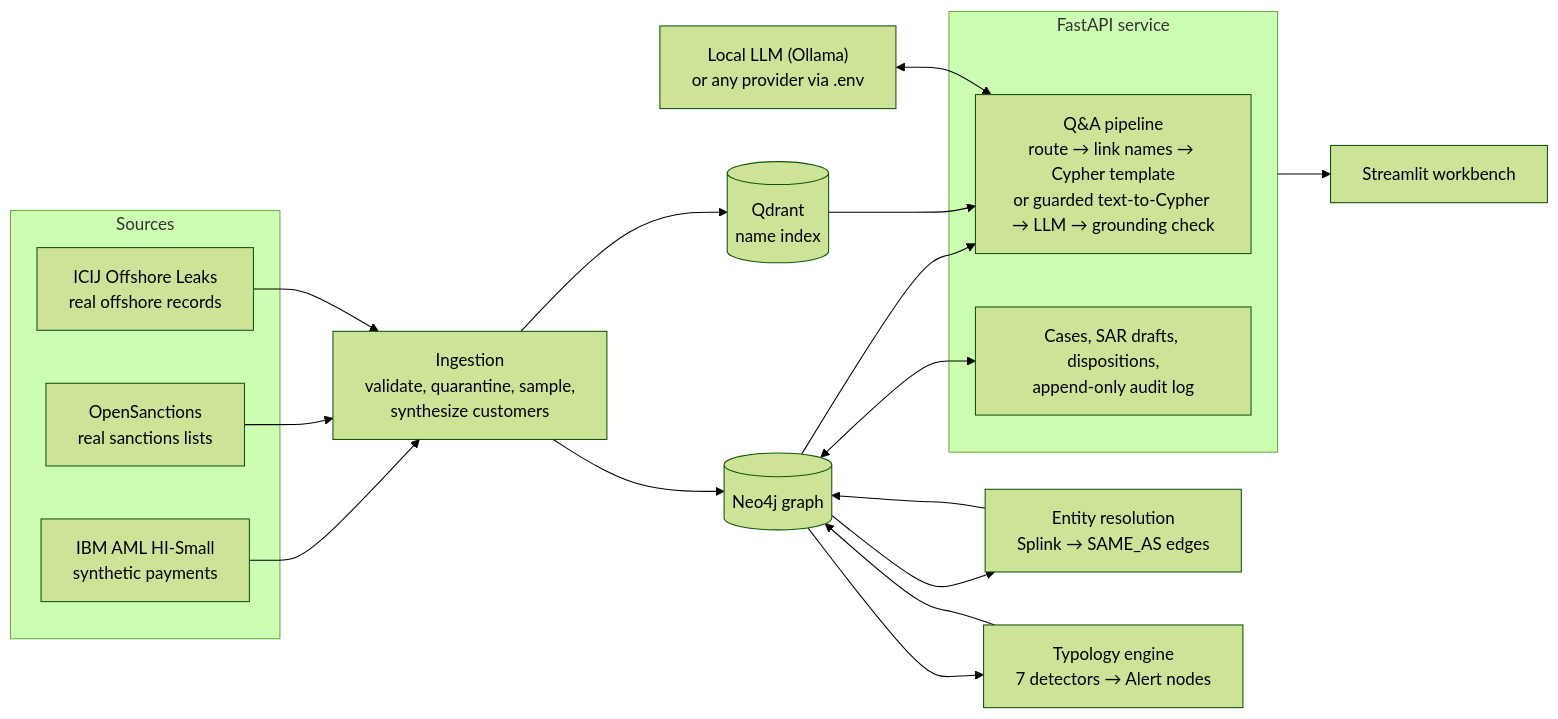
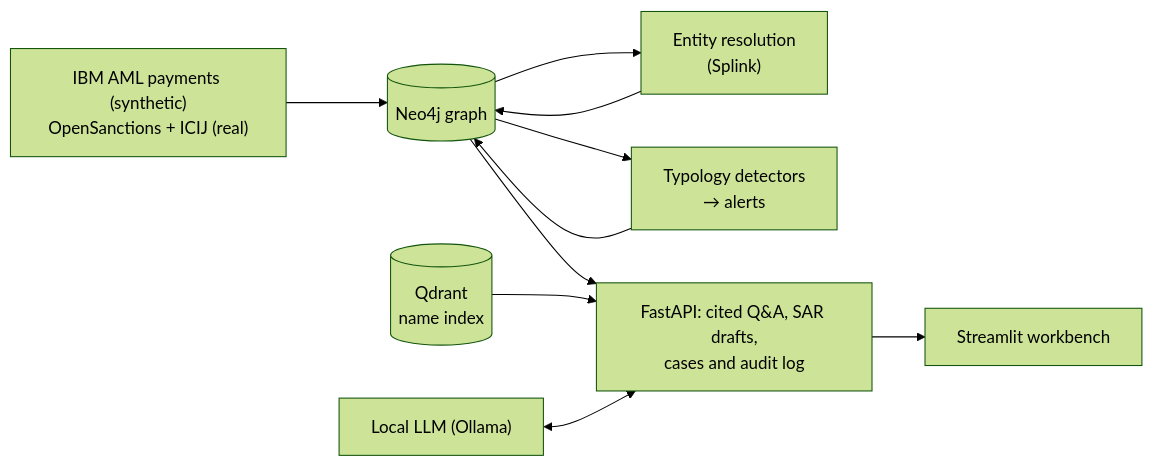
Before and after one commit to sanskrutimahajan/AML-Investigation-Copilot: the diagram in README.md, drawn with Mermaid (forest theme). The commit also changed other lines of this file and 2 other files, not shown here.

````diff
--- a/README.md
+++ b/README.md
@@ -55,22 +30,10 @@
 ```mermaid
 flowchart LR
-  subgraph Sources
-    IBM["IBM AML HI-Small<br/>synthetic payments"]
-    OS["OpenSanctions<br/>real sanctions lists"]
-    ICIJ["ICIJ Offshore Leaks<br/>real offshore records"]
-  end
-  IBM & OS & ICIJ --> STAGE["Ingestion<br/>validate, quarantine, sample,<br/>synthesize customers"]
-  STAGE --> NEO[("Neo4j graph")]
-  STAGE --> QD[("Qdrant<br/>name index")]
-  NEO --> ER["Entity resolution<br/>Splink → SAME_AS edges"] --> NEO
-  NEO --> TYP["Typology engine<br/>7 detectors → Alert nodes"] --> NEO
-  subgraph API["FastAPI service"]
-    QA["Q&A pipeline<br/>route → link names → Cypher template<br/>or guarded text-to-Cypher → LLM → grounding check"]
-    CASE["Cases, SAR drafts, dispositions,<br/>append-only audit log"]
-  end
-  NEO --> QA
-  QD --> QA
-  NEO <--> CASE
-  LLM["Local LLM (Ollama)<br/>or any provider via .env"] <--> QA
+  SRC["IBM AML payments (synthetic)<br/>OpenSanctions + ICIJ (real)"] --> NEO[("Neo4j graph")]
+  NEO --> ER["Entity resolution<br/>(Splink)"] --> NEO
+  NEO --> DET["Typology detectors<br/>→ alerts"] --> NEO
+  NEO --> API["FastAPI: cited Q&A, SAR drafts,<br/>cases and audit log"]
+  QD[("Qdrant<br/>name index")] --> API
+  LLM["Local LLM (Ollama)"] <--> API
   API --> UI["Streamlit workbench"]
 ```
````
